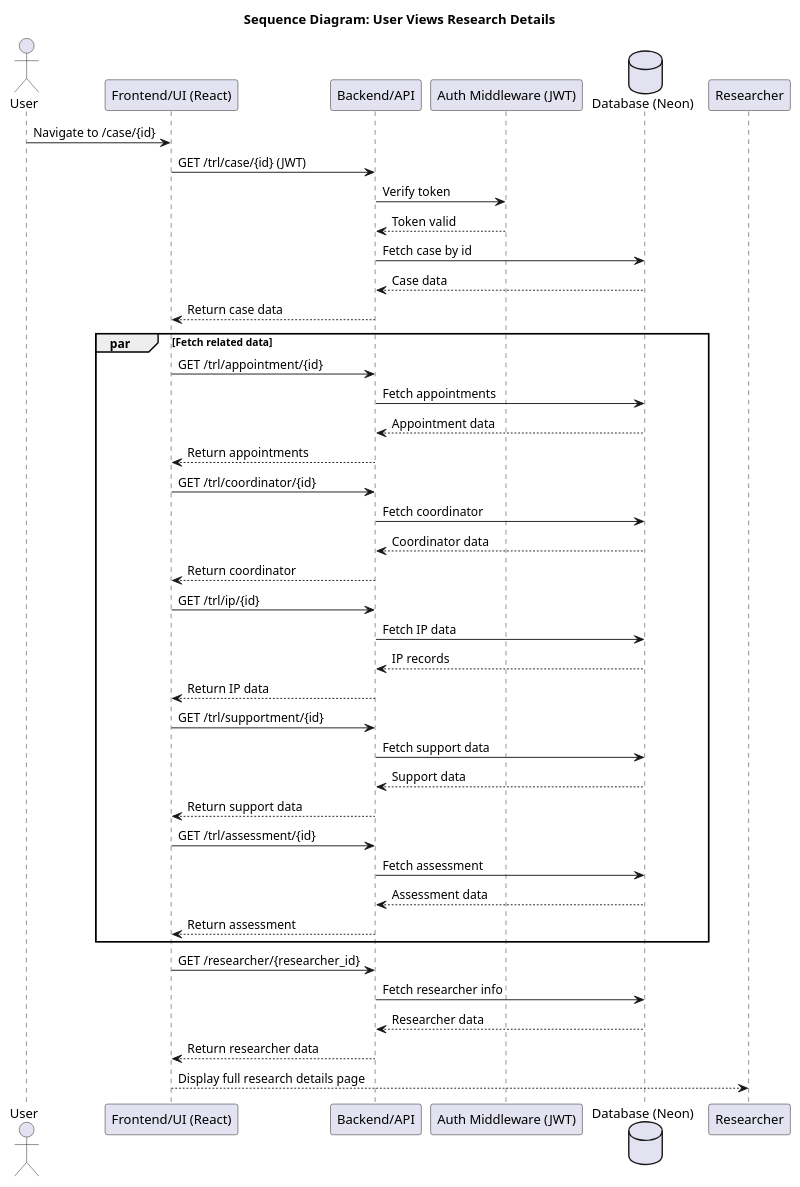
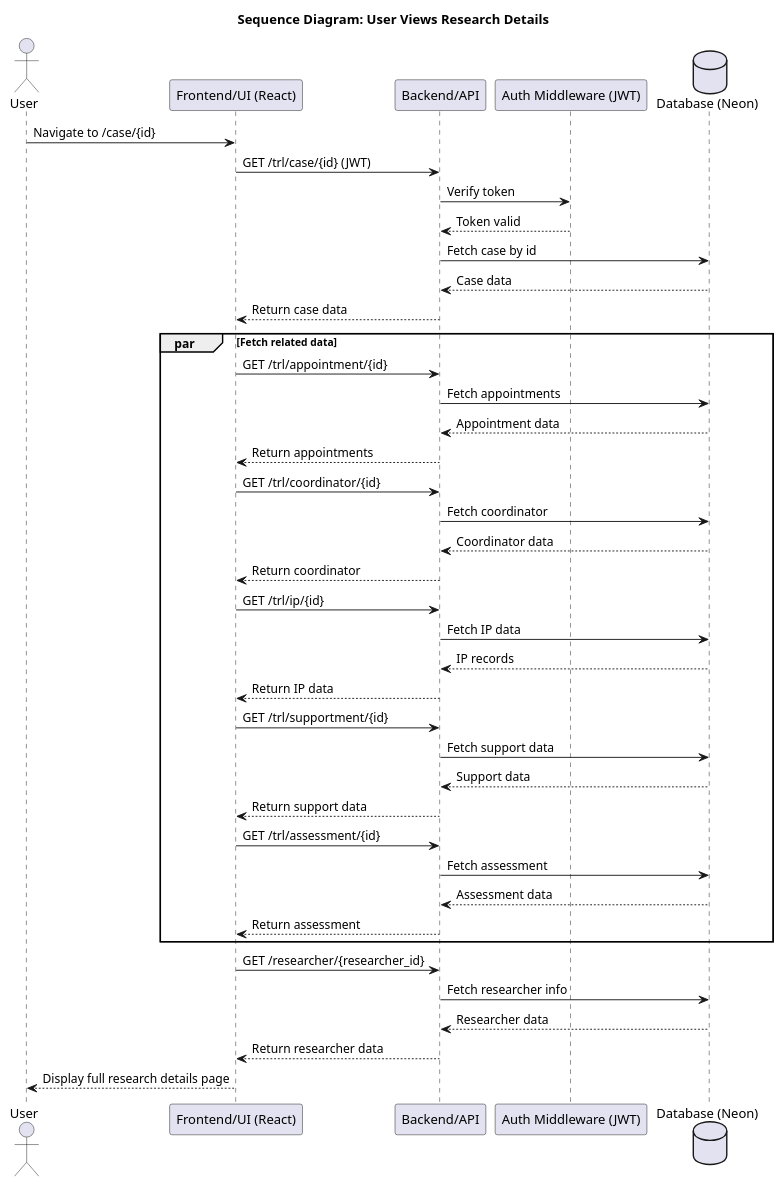
The diagram in sequence diagram/user/user_view_research_details.puml (punyanuch-h/trl-research-frontend), drawn with PlantUML before and after one commit. The commit also changed 14 other files, not shown here.

```diff
--- a/sequence diagram/user/user_view_research_details.puml
+++ b/sequence diagram/user/user_view_research_details.puml
@@ -1,53 +1,53 @@
 @startuml
 title Sequence Diagram: User Views Research Details
 
 actor User
 participant "Frontend/UI (React)" as UI
 participant "Backend/API" as API
 participant "Auth Middleware (JWT)" as AUTH
 database "Database (Neon)" as DB
 
 User -> UI: Navigate to /case/{id}
 
 UI -> API: GET /trl/case/{id} (JWT)
 API -> AUTH: Verify token
 AUTH --> API: Token valid
 API -> DB: Fetch case by id
 DB --> API: Case data
 API --> UI: Return case data
 
 par Fetch related data
     UI -> API: GET /trl/appointment/{id}
     API -> DB: Fetch appointments
     DB --> API: Appointment data
     API --> UI: Return appointments
 
     UI -> API: GET /trl/coordinator/{id}
     API -> DB: Fetch coordinator
     DB --> API: Coordinator data
     API --> UI: Return coordinator
 
     UI -> API: GET /trl/ip/{id}
     API -> DB: Fetch IP data
     DB --> API: IP records
     API --> UI: Return IP data
 
     UI -> API: GET /trl/supportment/{id}
     API -> DB: Fetch support data
     DB --> API: Support data
     API --> UI: Return support data
 
     UI -> API: GET /trl/assessment/{id}
     API -> DB: Fetch assessment
     DB --> API: Assessment data
     API --> UI: Return assessment
 end
 
 UI -> API: GET /researcher/{researcher_id}
 API -> DB: Fetch researcher info
 DB --> API: Researcher data
 API --> UI: Return researcher data
 
-UI --> Researcher: Display full research details page
+UI --> User: Display full research details page
 
 @enduml
```
